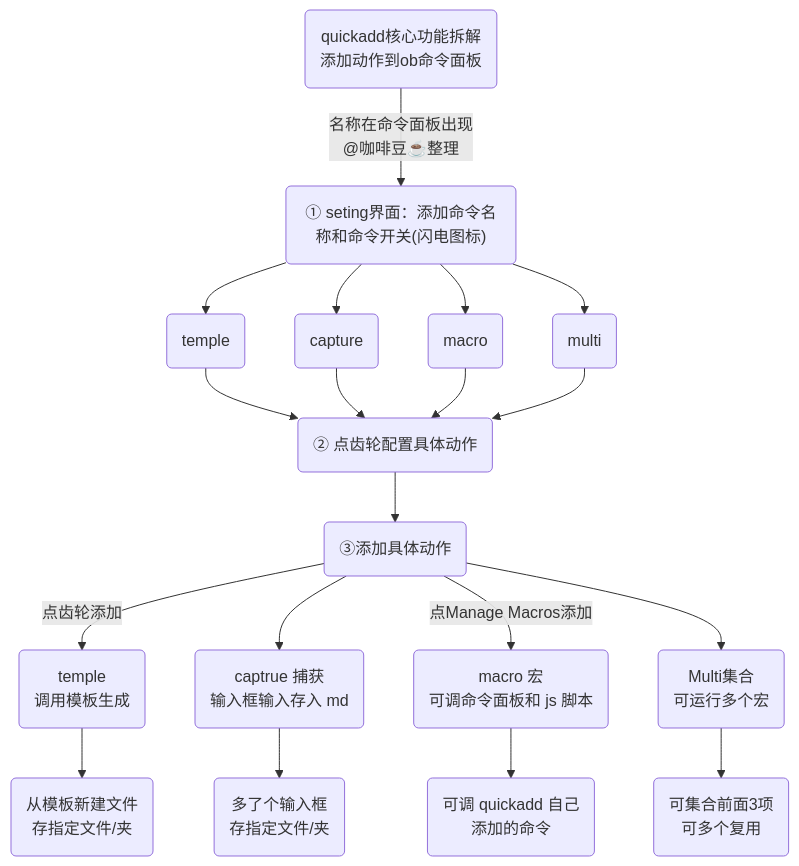
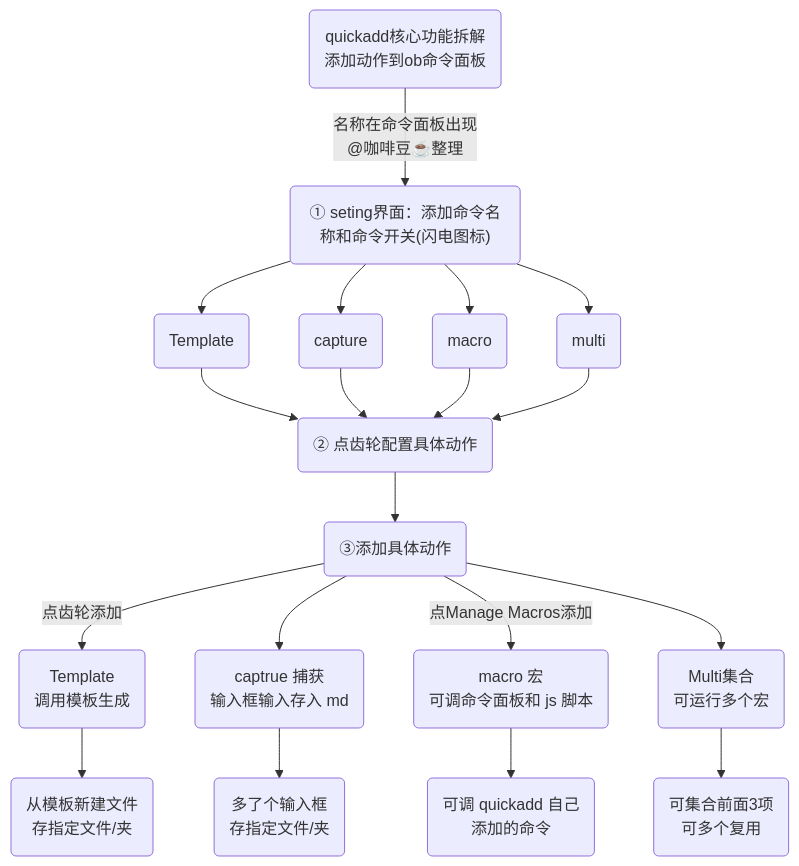
Before and after one commit to kickTiger/obsidian-doc: the diagram in docs/src/zh/advanced/quickadd-advanced-a.md, drawn with Mermaid. The commit also changed other lines of this file and 14 other files, not shown here.

````diff
--- a/docs/src/zh/advanced/quickadd-advanced-a.md
+++ b/docs/src/zh/advanced/quickadd-advanced-a.md
@@ -32,25 +32,25 @@
 ```mermaid
 flowchart TB
     A(quickadd核心功能拆解<br>添加动作到ob命令面板) -->|"名称在命令面板出现<br>@咖啡豆☕整理"| B("① seting界面：添加命令名称和命令开关(闪电图标)")
-    B --> B1("temple")
+    B --> B1("Template")
     B --> B2("capture")
     B --> B3("macro")
     B --> B4("multi")
     B1 --> C1("② 点齿轮配置具体动作")
     B2 --> C1
     B3 --> C1
     B4 --> C1    
     C1 --> D1("③添加具体动作")
         
-    D1 -->|点齿轮添加| E1("temple<br>调用模板生成")
+    D1 -->|点齿轮添加| E1("Template<br>调用模板生成")
     E1 --> E11("从模板新建文件<br>存指定文件/夹")
     
     D1 --> F1("captrue 捕获<br>输入框输入存入 md")
     F1 --> F11("多了个输入框<br>存指定文件/夹")
     
     D1 -->|点Manage Macros添加| G1("macro 宏<br>可调命令面板和 js 脚本")
     G1 --> G11("可调 quickadd 自己</br>添加的命令")  
 
     D1 --> H1("Multi集合<br>可运行多个宏")
     H1 --> H11("可集合前面3项<br>可多个复用")
 ```
````
